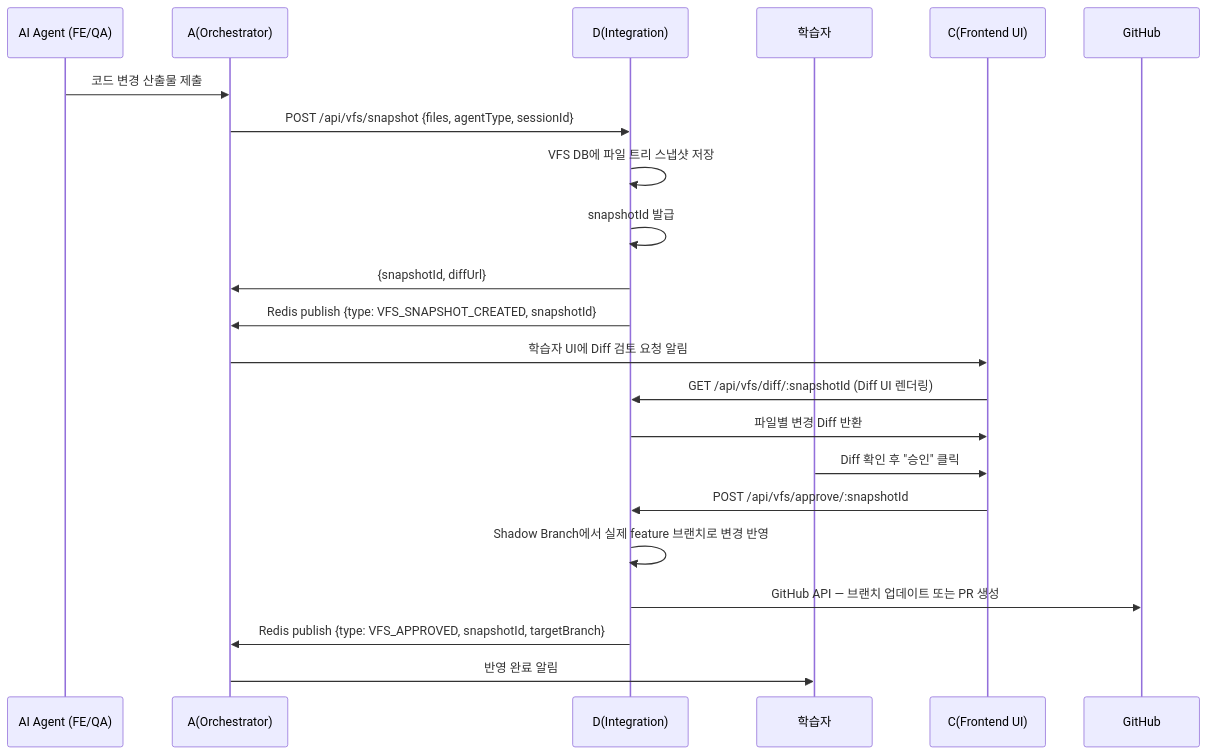
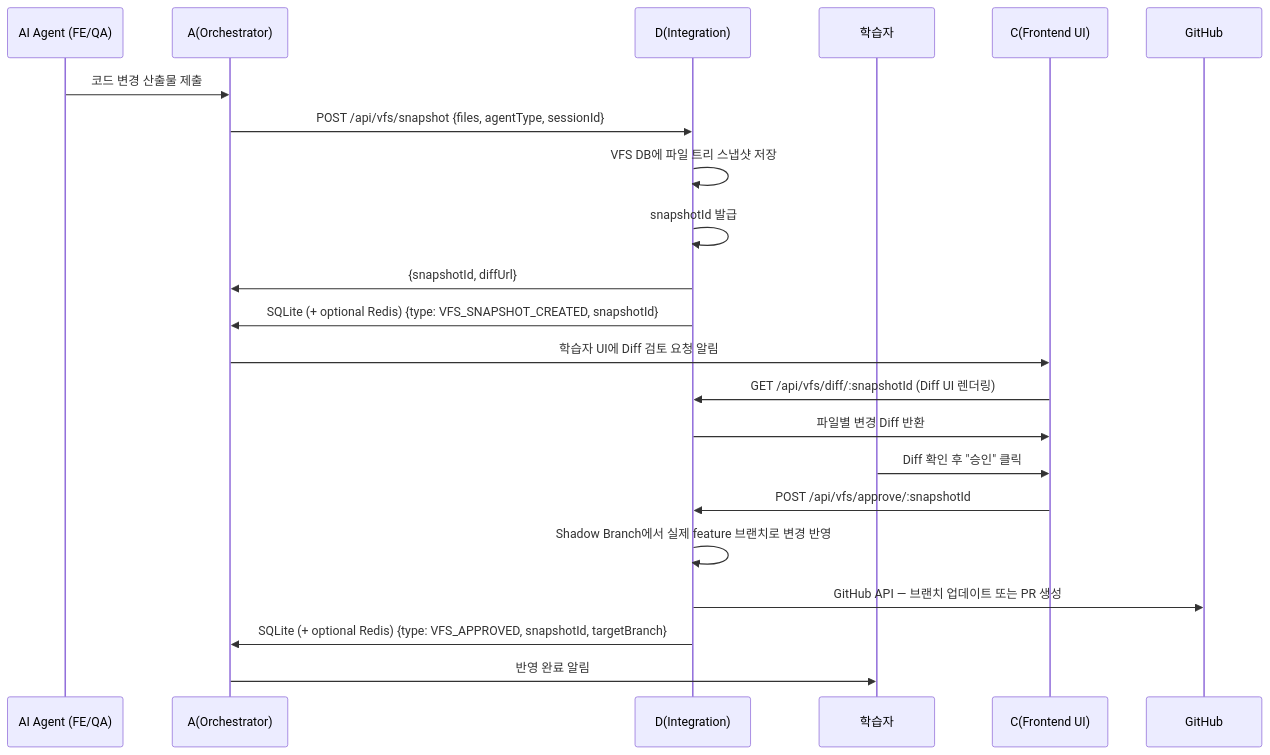
The third of 4 diagrams in docs/integration-sandbox/d-integration-scenarios.md (US-VIBE/us_vibe), drawn with Mermaid before and after one commit. The commit also changed other lines of this file and 10 other files, not shown here.

````diff
--- a/docs/integration-sandbox/d-integration-scenarios.md
+++ b/docs/integration-sandbox/d-integration-scenarios.md
@@ -153,25 +153,25 @@
 ```mermaid
 sequenceDiagram
   participant Agent as AI Agent (FE/QA)
   participant A as A(Orchestrator)
   participant D as D(Integration)
   participant L as 학습자
   participant C as C(Frontend UI)
   participant GH as GitHub
 
   Agent->>A: 코드 변경 산출물 제출
   A->>D: POST /api/vfs/snapshot {files, agentType, sessionId}
   D->>D: VFS DB에 파일 트리 스냅샷 저장
   D->>D: snapshotId 발급
   D->>A: {snapshotId, diffUrl}
-  D->>A: Redis publish {type: VFS_SNAPSHOT_CREATED, snapshotId}
+  D->>A: SQLite (+ optional Redis) {type: VFS_SNAPSHOT_CREATED, snapshotId}
   A->>C: 학습자 UI에 Diff 검토 요청 알림
   C->>D: GET /api/vfs/diff/:snapshotId (Diff UI 렌더링)
   D->>C: 파일별 변경 Diff 반환
   L->>C: Diff 확인 후 "승인" 클릭
   C->>D: POST /api/vfs/approve/:snapshotId
   D->>D: Shadow Branch에서 실제 feature 브랜치로 변경 반영
   D->>GH: GitHub API — 브랜치 업데이트 또는 PR 생성
-  D->>A: Redis publish {type: VFS_APPROVED, snapshotId, targetBranch}
+  D->>A: SQLite (+ optional Redis) {type: VFS_APPROVED, snapshotId, targetBranch}
   A->>L: 반영 완료 알림
 ```
````
